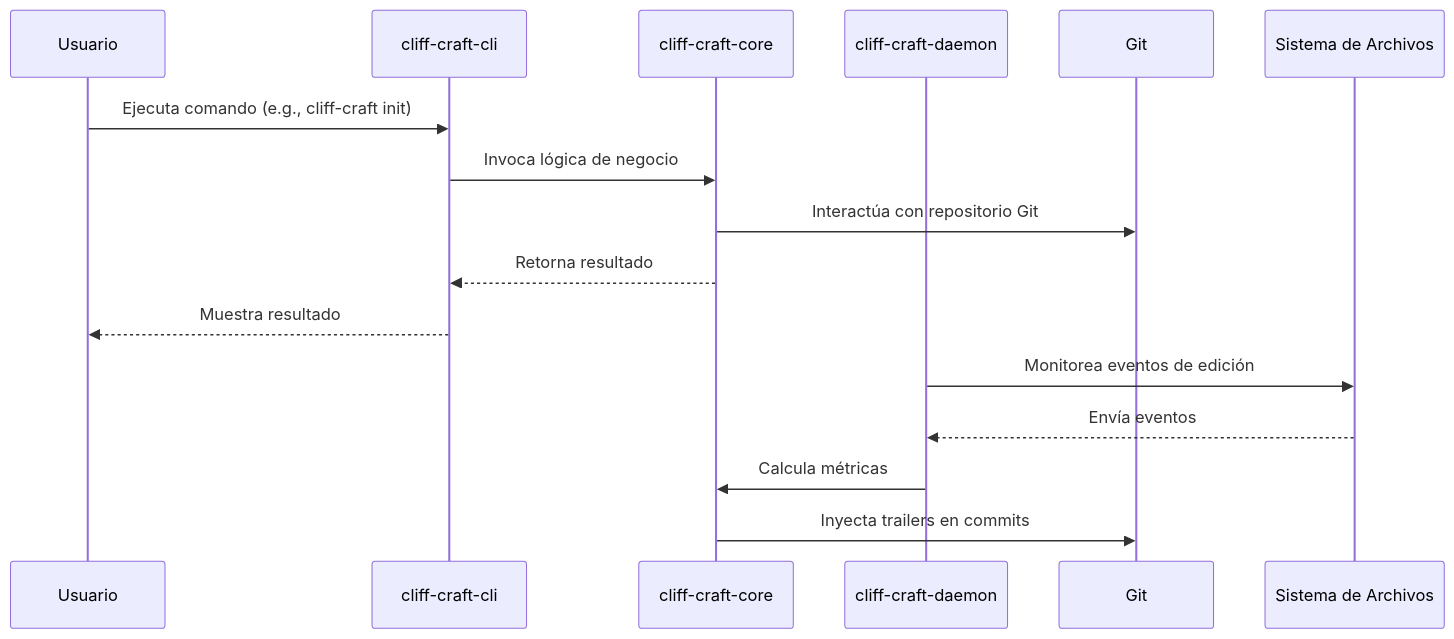
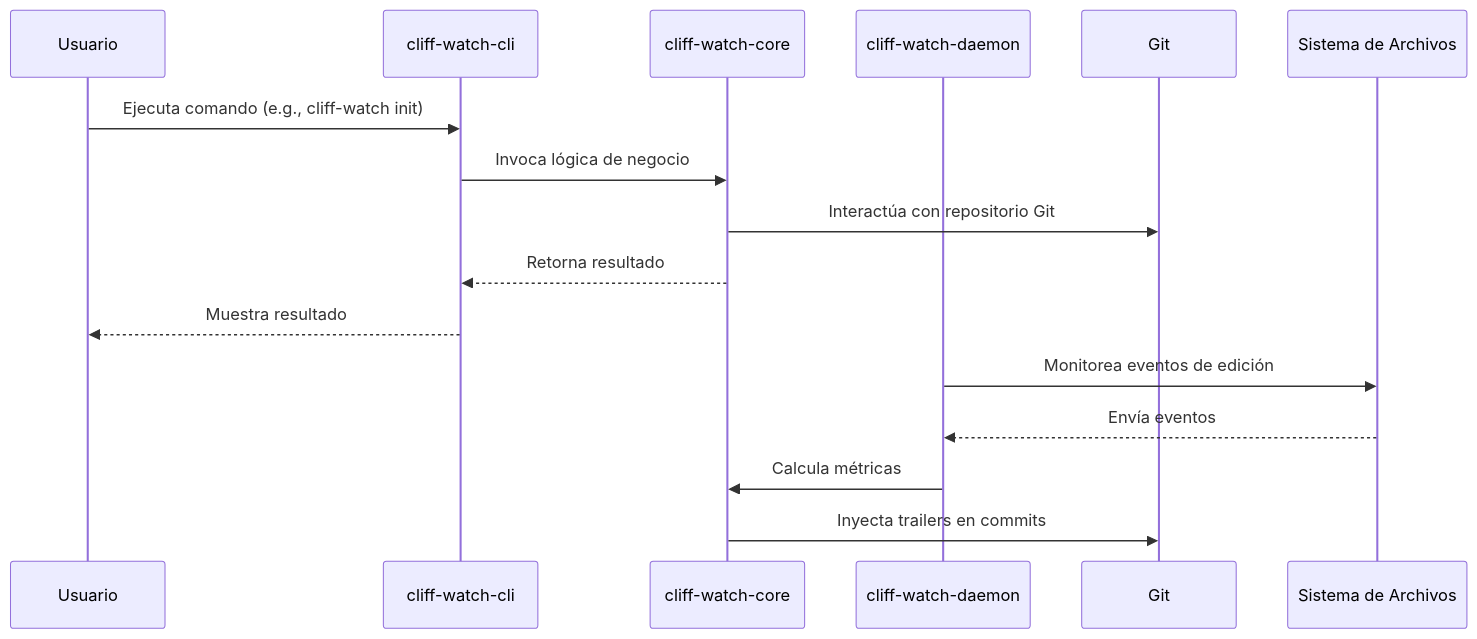
The second of 3 diagrams in docs/phase2/arquitectura_sistema.md (iodevs-net/git-gov), drawn with Mermaid before and after one commit. The commit also changed other lines of this file and 96 other files, not shown here.

Commit message:
refactor: consolidación final de la marca Cliff-Watch 🐈👁️🛡️

````diff
--- a/docs/phase2/arquitectura_sistema.md
+++ b/docs/phase2/arquitectura_sistema.md
@@ -142,20 +142,20 @@
 ```mermaid
 sequenceDiagram
     participant U as Usuario
-    participant C as cliff-craft-cli
-    participant B as cliff-craft-core
-    participant D as cliff-craft-daemon
+    participant C as cliff-watch-cli
+    participant B as cliff-watch-core
+    participant D as cliff-watch-daemon
     participant G as Git
     participant F as Sistema de Archivos
 
-    U->>C: Ejecuta comando (e.g., cliff-craft init)
+    U->>C: Ejecuta comando (e.g., cliff-watch init)
     C->>B: Invoca lógica de negocio
     B->>G: Interactúa con repositorio Git
     B-->>C: Retorna resultado
     C-->>U: Muestra resultado
 
     D->>F: Monitorea eventos de edición
     F-->>D: Envía eventos
     D->>B: Calcula métricas
     B->>G: Inyecta trailers en commits
 ```
````
